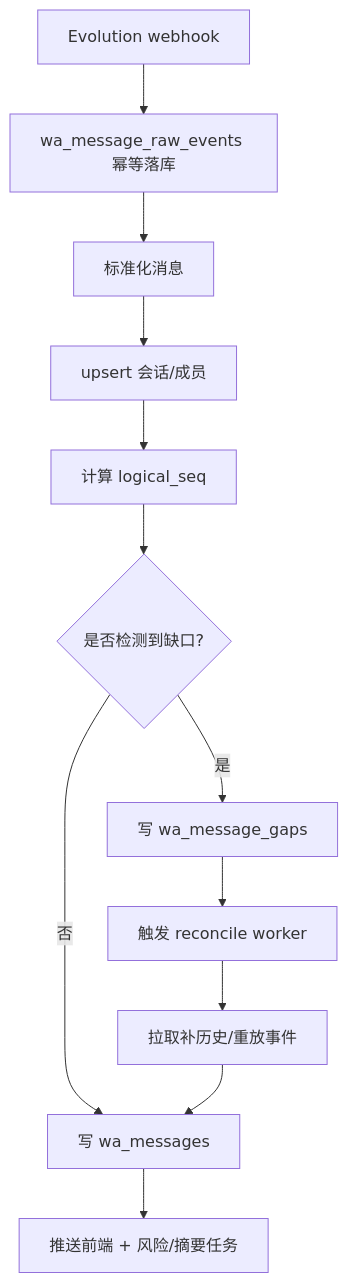
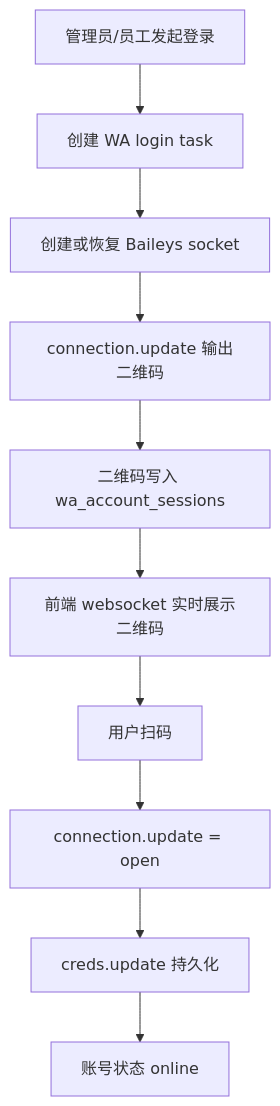
Before and after one commit to ciby9833/nuychat: the fourth of 5 diagrams in docs/whatsapp方案.md, drawn with Mermaid. The commit also changed other lines of this file and 46 other files, not shown here.

````diff
--- a/docs/whatsapp方案.md
+++ b/docs/whatsapp方案.md
@@ -554,14 +238,12 @@
 ```mermaid
 flowchart TD
-    A["Evolution webhook"] --> B["wa_message_raw_events 幂等落库"]
-    B --> C["标准化消息"]
-    C --> D["upsert 会话/成员"]
-    D --> E["计算 logical_seq"]
-    E --> F{"是否检测到缺口?"}
-    F -- 否 --> G["写 wa_messages"]
-    F -- 是 --> H["写 wa_message_gaps"]
-    H --> I["触发 reconcile worker"]
-    I --> J["拉取补历史/重放事件"]
-    J --> G
-    G --> K["推送前端 + 风险/摘要任务"]
+    A["管理员/员工发起登录"] --> B["创建 WA login task"]
+    B --> C["创建或恢复 Baileys socket"]
+    C --> D["connection.update 输出二维码"]
+    D --> E["二维码写入 wa_account_sessions"]
+    E --> F["前端 websocket 实时展示二维码"]
+    F --> G["用户扫码"]
+    G --> H["connection.update = open"]
+    H --> I["creds.update 持久化"]
+    I --> J["账号状态 online"]
 ```
````
